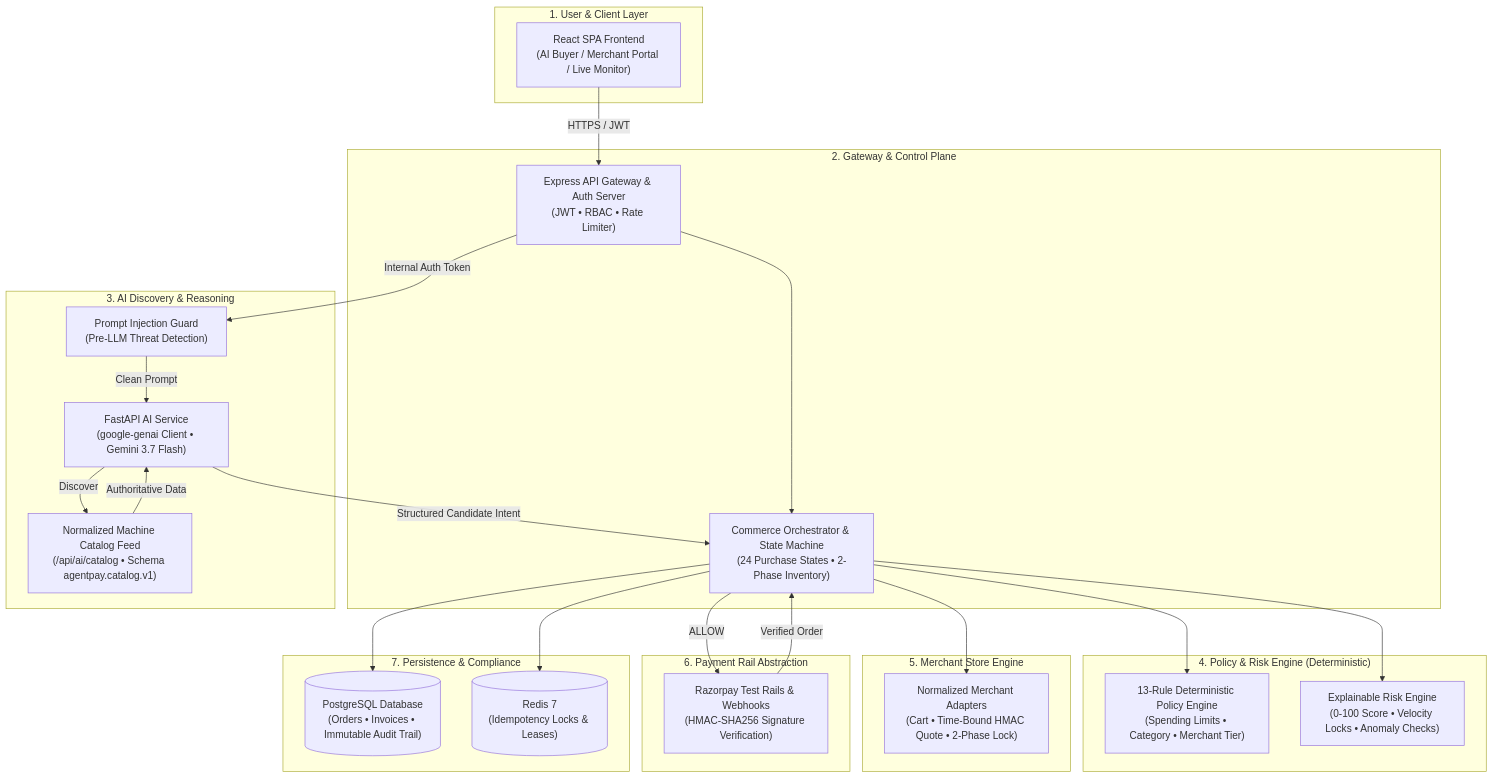
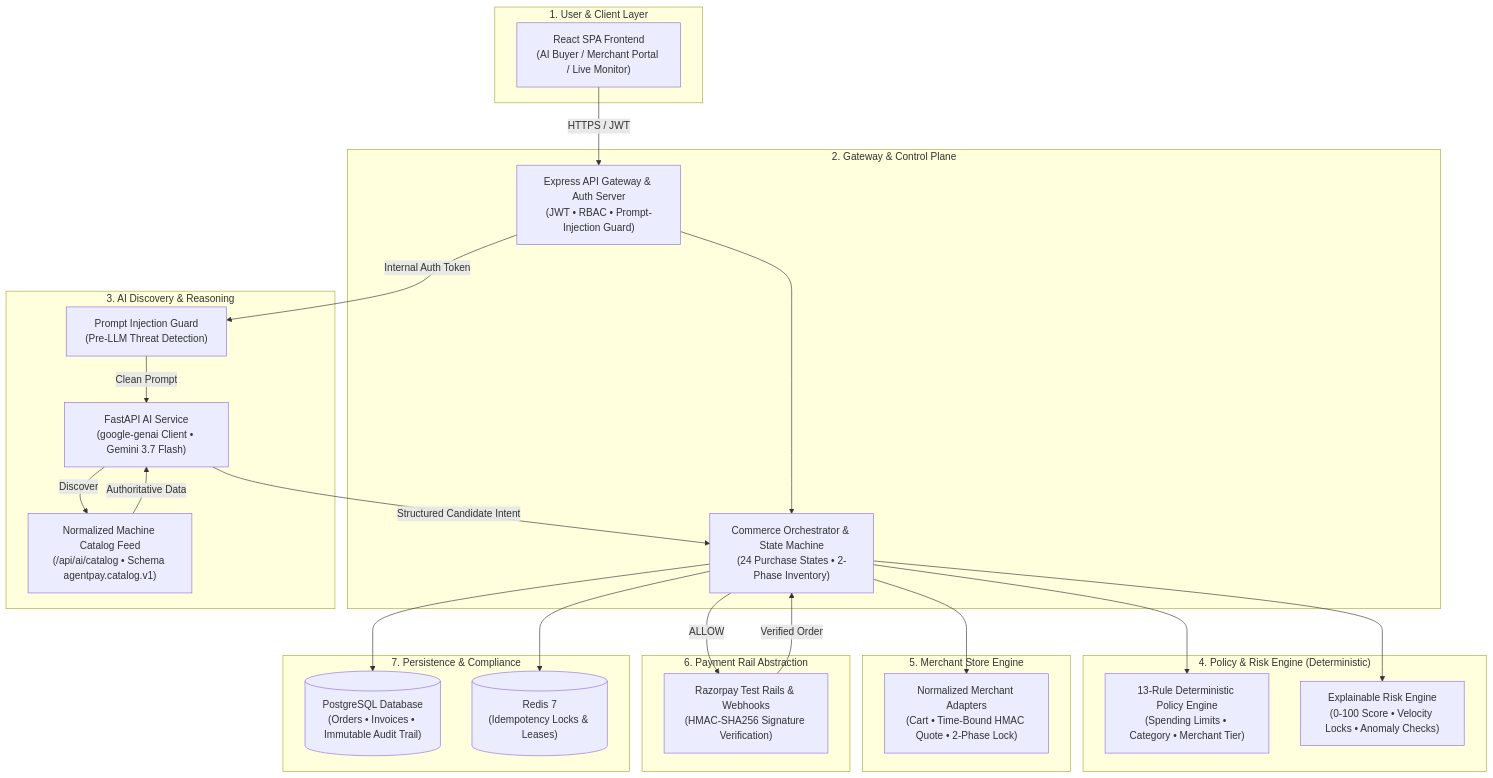
The diagram in ARCHITECTURE.md (amanazads/AgentPay), drawn with Mermaid before and after one commit. The commit also changed other lines of this file and 7 other files, not shown here.

````diff
--- a/ARCHITECTURE.md
+++ b/ARCHITECTURE.md
@@ -6,50 +6,50 @@
 ```mermaid
 flowchart TD
     subgraph USER_LAYER["1. User & Client Layer"]
         UI["React SPA Frontend<br/>(AI Buyer / Merchant Portal / Live Monitor)"]
     end
 
     subgraph GATEWAY_LAYER["2. Gateway & Control Plane"]
-        GW["Express API Gateway & Auth Server<br/>(JWT • RBAC • Rate Limiter)"]
+        GW["Express API Gateway & Auth Server<br/>(JWT • RBAC • Prompt-Injection Guard)"]
         SM["Commerce Orchestrator & State Machine<br/>(24 Purchase States • 2-Phase Inventory)"]
     end
 
     subgraph AI_LAYER["3. AI Discovery & Reasoning"]
         PG["Prompt Injection Guard<br/>(Pre-LLM Threat Detection)"]
         AI["FastAPI AI Service<br/>(google-genai Client • Gemini 3.7 Flash)"]
         CAT["Normalized Machine Catalog Feed<br/>(/api/ai/catalog • Schema agentpay.catalog.v1)"]
     end
 
     subgraph POLICY_LAYER["4. Policy & Risk Engine (Deterministic)"]
         PE["13-Rule Deterministic Policy Engine<br/>(Spending Limits • Category • Merchant Tier)"]
         RE["Explainable Risk Engine<br/>(0-100 Score • Velocity Locks • Anomaly Checks)"]
     end
 
     subgraph MERCHANT_LAYER["5. Merchant Store Engine"]
         MC["Normalized Merchant Adapters<br/>(Cart • Time-Bound HMAC Quote • 2-Phase Lock)"]
     end
 
     subgraph PAYMENT_LAYER["6. Payment Rail Abstraction"]
         RZP["Razorpay Test Rails & Webhooks<br/>(HMAC-SHA256 Signature Verification)"]
     end
 
     subgraph PERSISTENCE_LAYER["7. Persistence & Compliance"]
         PGDB[("PostgreSQL Database<br/>(Orders • Invoices • Immutable Audit Trail)")]
         RD[("Redis 7<br/>(Idempotency Locks & Leases)")]
     end
 
     UI -->|HTTPS / JWT| GW
     GW --> SM
     GW -->|Internal Auth Token| PG
     PG -->|Clean Prompt| AI
     AI -->|Discover| CAT
     CAT -->|Authoritative Data| AI
     AI -->|Structured Candidate Intent| SM
     SM --> PE
     SM --> RE
     SM --> MC
     SM -->|ALLOW| RZP
     RZP -->|Verified Order| SM
     SM --> PGDB
     SM --> RD
 ```
````
